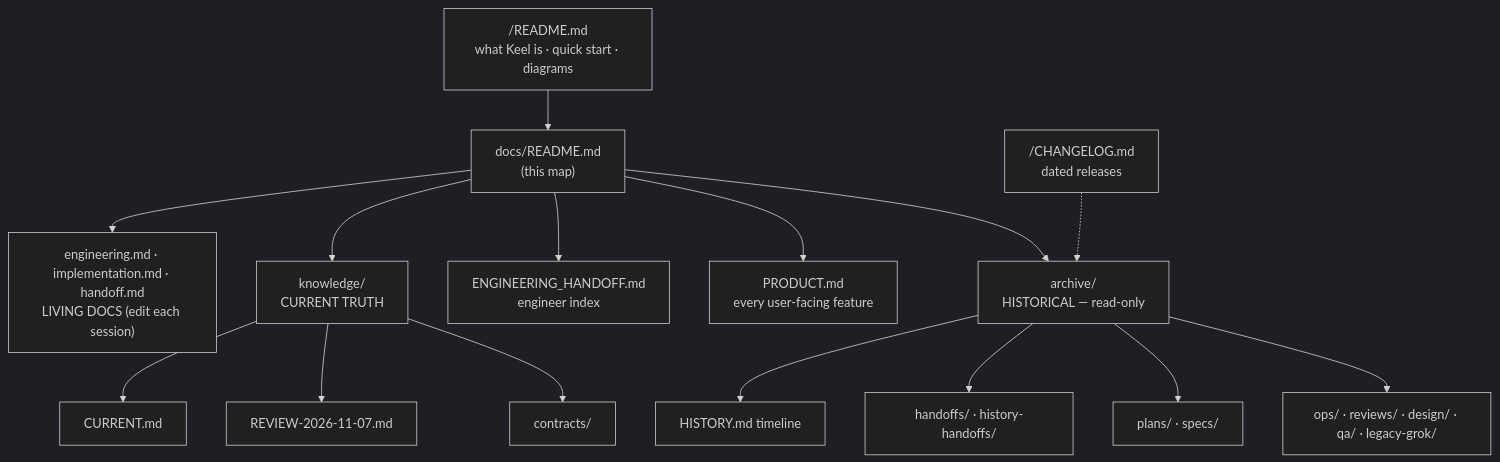
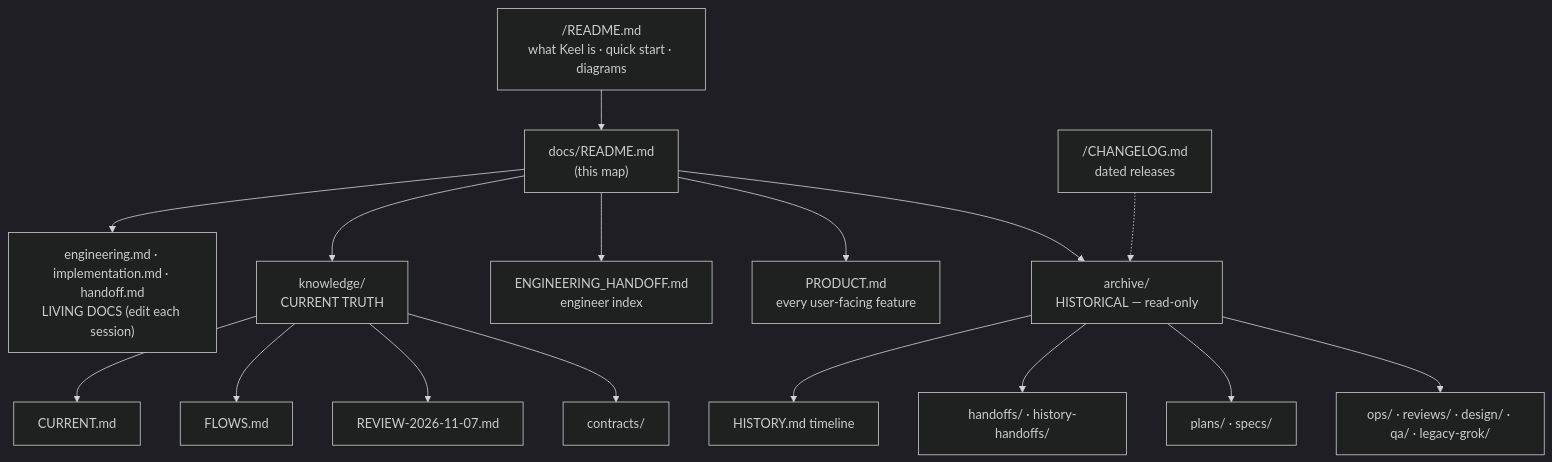
Before and after one commit to engramysayed/TestPilot: the diagram in docs/README.md, drawn with Mermaid (dark theme). The commit also changed other lines of this file and 6 other files, not shown here.

Commit message:
docs: map how Keel product flows connect

````diff
--- a/docs/README.md
+++ b/docs/README.md
@@ -3,17 +3,18 @@
 ```mermaid
 flowchart TB
     R["/README.md<br/>what Keel is · quick start · diagrams"] --> D["docs/README.md<br/>(this map)"]
     D --> L["engineering.md · implementation.md · handoff.md<br/>LIVING DOCS (edit each session)"]
     D --> K["knowledge/<br/>CURRENT TRUTH"]
     D --> E["ENGINEERING_HANDOFF.md<br/>engineer index"]
     D --> P["PRODUCT.md<br/>every user-facing feature"]
     D --> A["archive/<br/>HISTORICAL — read-only"]
     K --> K1[CURRENT.md]
-    K --> K2[REVIEW-2026-11-07.md]
-    K --> K3[contracts/]
+    K --> K2[FLOWS.md]
+    K --> K3[REVIEW-2026-11-07.md]
+    K --> K4[contracts/]
     A --> A1[HISTORY.md timeline]
     A --> A2["handoffs/ · history-handoffs/"]
     A --> A3["plans/ · specs/"]
     A --> A4["ops/ · reviews/ · design/ · qa/ · legacy-grok/"]
     C["/CHANGELOG.md<br/>dated releases"] -.-> A
 ```
````
